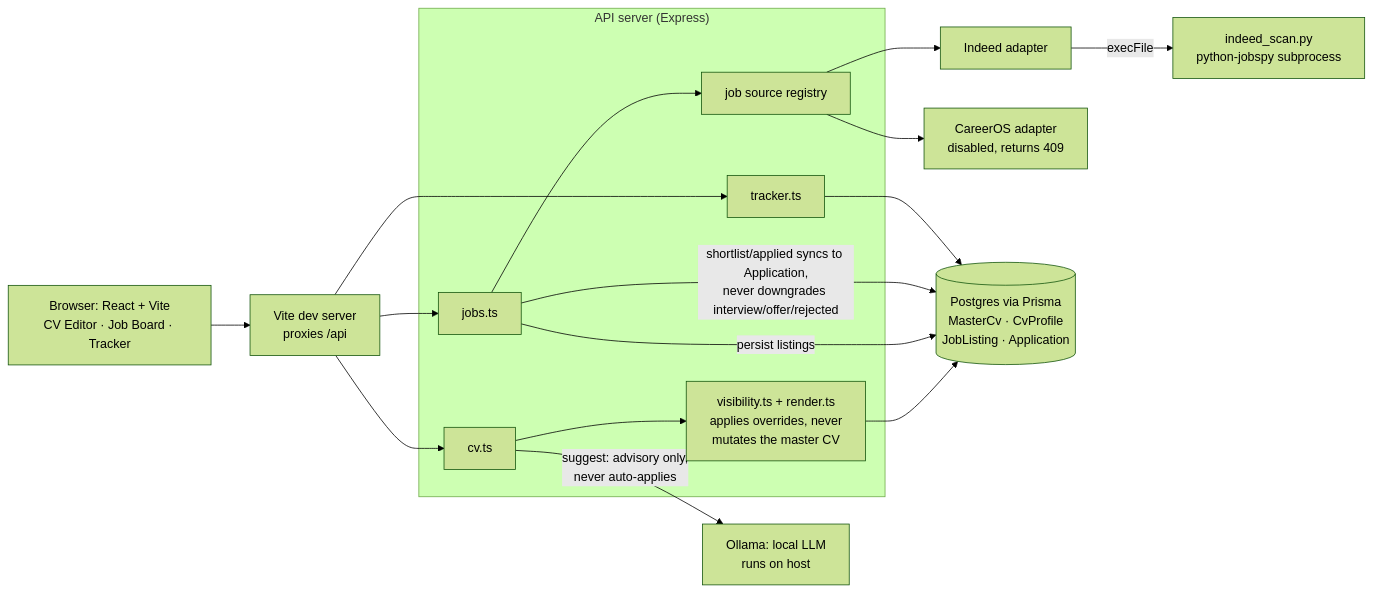
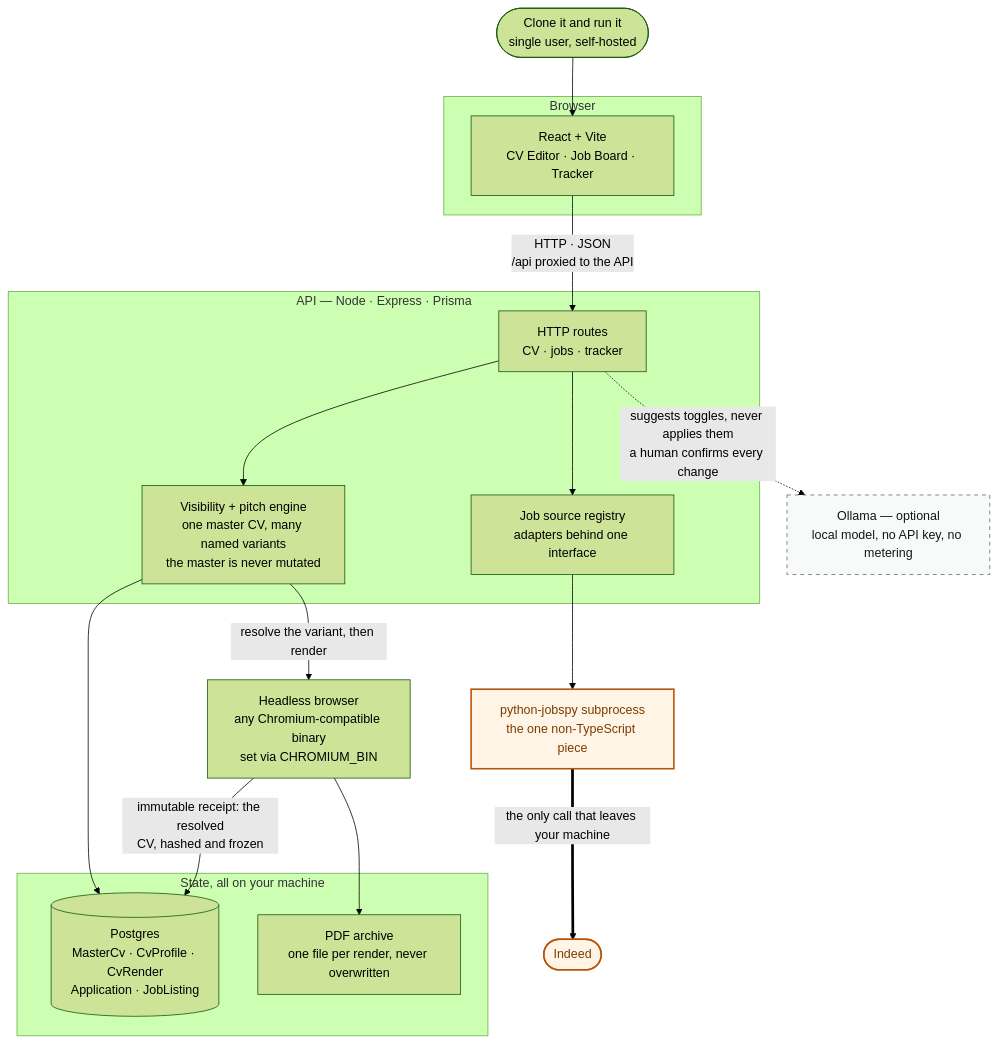
One commit to JTheSwipa/jobhunt-app changed the diagram in docs/architecture.mmd. Above: the diagram before and after it, drawn with Mermaid (forest theme). The commit also changed 6 other files, not shown here.

```diff
--- a/docs/architecture.mmd
+++ b/docs/architecture.mmd
@@ -1,34 +1,42 @@
-graph LR
-  Browser["Browser: React + Vite<br/>CV Editor · Job Board · Tracker"]
-  Vite["Vite dev server<br/>proxies /api"]
+graph TB
+  User(["Clone it and run it<br/>single user, self-hosted"])
 
-  subgraph API["API server (Express)"]
-    CvRoutes["cv.ts"]
-    JobsRoutes["jobs.ts"]
-    TrackerRoutes["tracker.ts"]
-    Visibility["visibility.ts + render.ts<br/>applies overrides, never<br/>mutates the master CV"]
-    Registry["job source registry"]
+  subgraph Client["Browser"]
+    UI["React + Vite<br/>CV Editor · Job Board · Tracker"]
   end
 
-  Indeed["Indeed adapter"]
-  CareerOS["CareerOS adapter<br/>disabled, returns 409"]
-  Postgres[("Postgres via Prisma<br/>MasterCv · CvProfile<br/>JobListing · Application")]
-  Ollama["Ollama: local LLM<br/>runs on host"]
-  Python["indeed_scan.py<br/>python-jobspy subprocess"]
+  subgraph Server["API — Node · Express · Prisma"]
+    Routes["HTTP routes<br/>CV · jobs · tracker"]
+    Engine["Visibility + pitch engine<br/>one master CV, many named variants<br/>the master is never mutated"]
+    Registry["Job source registry<br/>adapters behind one interface"]
+  end
 
-  Browser --> Vite
-  Vite --> CvRoutes
-  Vite --> JobsRoutes
-  Vite --> TrackerRoutes
+  subgraph State["State, all on your machine"]
+    Postgres[("Postgres<br/>MasterCv · CvProfile · CvRender<br/>Application · JobListing")]
+    Archive["PDF archive<br/>one file per render, never overwritten"]
+  end
 
-  CvRoutes --> Visibility --> Postgres
-  CvRoutes -->|"suggest: advisory only,<br/>never auto-applies"| Ollama
+  Renderer["Headless browser<br/>any Chromium-compatible binary<br/>set via CHROMIUM_BIN"]
+  LLM["Ollama — optional<br/>local model, no API key, no metering"]
+  Scraper["python-jobspy subprocess<br/>the one non-TypeScript piece"]
+  Indeed(["Indeed"])
 
-  JobsRoutes --> Registry
-  Registry --> Indeed
-  Registry --> CareerOS
-  Indeed -->|execFile| Python
-  JobsRoutes -->|persist listings| Postgres
-  JobsRoutes -->|"shortlist/applied syncs to Application,<br/>never downgrades interview/offer/rejected"| Postgres
+  User --> UI
+  UI -->|"HTTP · JSON<br/>/api proxied to the API"| Routes
 
-  TrackerRoutes --> Postgres
+  Routes --> Engine
+  Routes --> Registry
+  Routes -.->|"suggests toggles, never applies them<br/>a human confirms every change"| LLM
+
+  Engine --> Postgres
+  Engine -->|"resolve the variant, then render"| Renderer
+  Renderer --> Archive
+  Renderer -->|"immutable receipt: the resolved<br/>CV, hashed and frozen"| Postgres
+
+  Registry --> Scraper
+  Scraper ==>|"the only call that leaves your machine"| Indeed
+
+  classDef ext fill:#fff4e5,stroke:#b45309,stroke-width:2px,color:#7c3d00
+  classDef opt fill:#f7faf9,stroke:#63666b,stroke-dasharray: 5 5,color:#14151a
+  class Indeed,Scraper ext
+  class LLM opt
```
